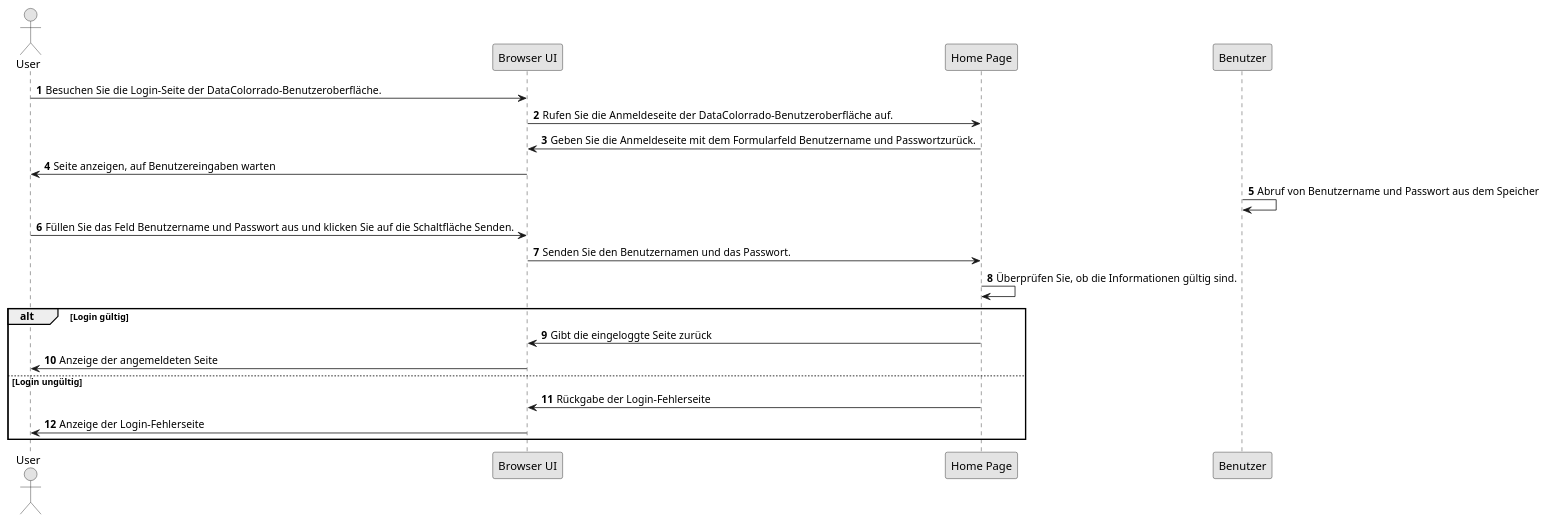
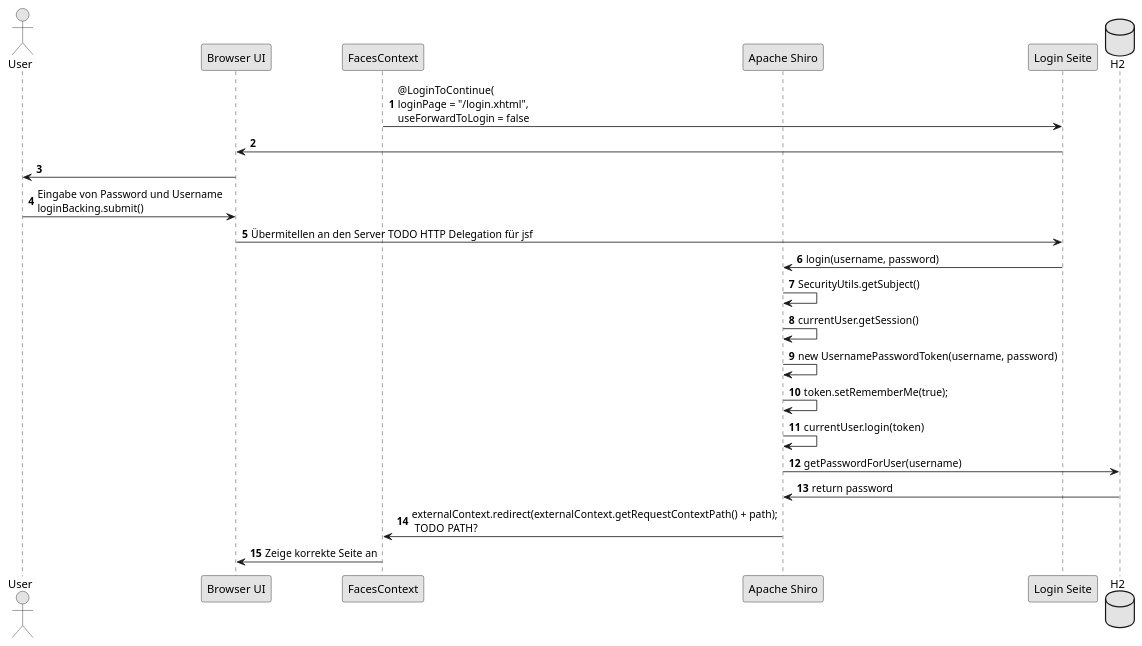
Before and after one commit to fkehlenb/softwareprojekt-2: the third of 9 diagrams in doc/UML/plantuml.org, drawn with PlantUML. The commit also changed 1 other file, not shown here.

```diff
--- a/doc/UML/plantuml.org
+++ b/doc/UML/plantuml.org
@@ -31,24 +31,29 @@
 #+BEGIN_SRC plantuml :file erstbenutzung.png
 autonumber
 skinparam monochrome true
 
 actor User as user
 participant "Browser UI" as browser
-participant "Home Page" as home_page
+participant "FacesContext" AS index
+participant "Apache Shiro" as shiro
+participant "Login Seite" as login
+database "H2" as database
 
-user -> browser : Besuchen Sie die Login-Seite der DataColorrado-Benutzeroberfläche.
-browser -> home_page : Rufen Sie die Anmeldeseite der  DataColorrado-Benutzeroberfläche auf.
-browser <- home_page : Geben Sie die Anmeldeseite mit dem Formularfeld Benutzername und Passwortzurück.
-user <- browser : Seite anzeigen, auf Benutzereingaben warten
-Benutzer -> Benutzer: Abruf von Benutzername und Passwort aus dem Speicher
-user -> browser : Füllen Sie das Feld Benutzername und Passwort aus und klicken Sie auf die Schaltfläche Senden.
-browser -> home_page : Senden Sie den Benutzernamen und das Passwort.
-home_page -> home_page : Überprüfen Sie, ob die Informationen gültig sind.
-alt Login gültig
-    browser <- home_page : Gibt die eingeloggte Seite zurück
-    user <- browser : Anzeige der angemeldeten Seite
-else Login ungültig
-    browser <- home_page : Rückgabe der Login-Fehlerseite
-    user <- browser : Anzeige der Login-Fehlerseite
-end
+login <- index:  @LoginToContinue(\nloginPage = "/login.xhtml",\nuseForwardToLogin = false
+login -> browser:
+browser -> user
+user -> browser : Eingabe von Password und Username\nloginBacking.submit()
+browser -> login : Übermitellen an den Server TODO HTTP Delegation für jsf
+login -> shiro: login(username, password)
+shiro -> shiro: SecurityUtils.getSubject()
+shiro -> shiro: currentUser.getSession()
+shiro -> shiro: new UsernamePasswordToken(username, password)
+shiro -> shiro: token.setRememberMe(true);
+shiro -> shiro: currentUser.login(token)
+shiro -> database: getPasswordForUser(username)
+shiro <- database: return password
+index <-shiro:  externalContext.redirect(externalContext.getRequestContextPath() + path);\n TODO PATH?
+index -> browser: Zeige korrekte Seite an
+
+
 #+END_SRC
```
